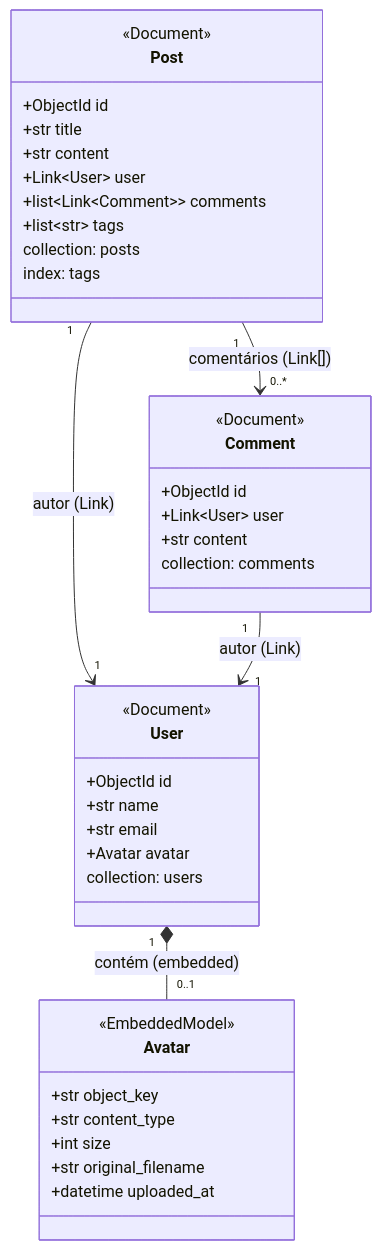
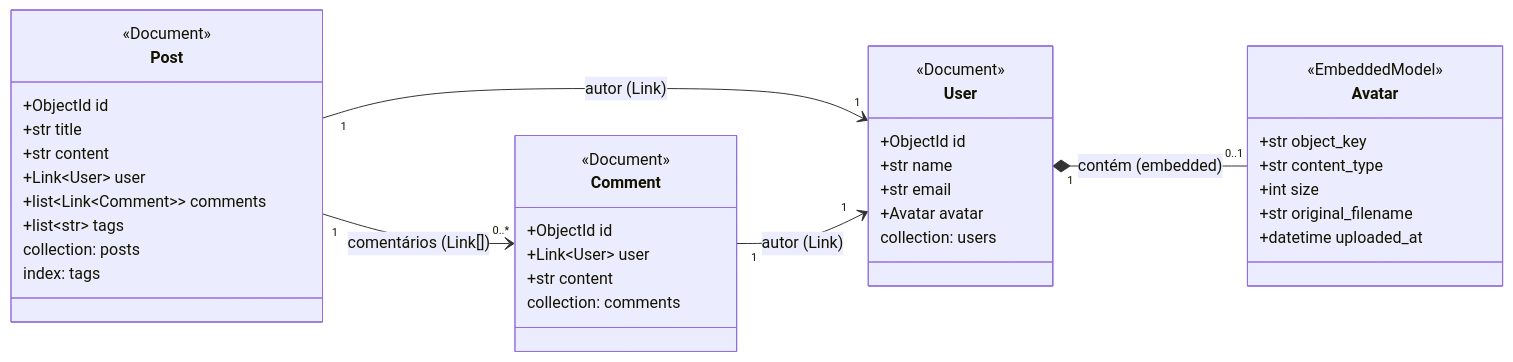
The diagram in modulo3/mongodb_fastapi_beanie_minio_docker/README.md (regispires/dspersist2026), drawn with Mermaid before and after one commit.

````diff
--- a/modulo3/mongodb_fastapi_beanie_minio_docker/README.md
+++ b/modulo3/mongodb_fastapi_beanie_minio_docker/README.md
@@ -24,45 +24,46 @@
 ```mermaid
 classDiagram
+    direction LR
     class User {
         +ObjectId id
         +str name
         +str email
         +Avatar avatar
         <<Document>>
         collection: users
     }
 
     class Avatar {
         +str object_key
         +str content_type
         +int size
         +str original_filename
         +datetime uploaded_at
         <<EmbeddedModel>>
     }
 
     class Post {
         +ObjectId id
         +str title
         +str content
         +Link~User~ user
         +list~Link~Comment~~ comments
         +list~str~ tags
         <<Document>>
         collection: posts
         index: tags
     }
 
     class Comment {
         +ObjectId id
         +Link~User~ user
         +str content
         <<Document>>
         collection: comments
     }
 
     User "1" *-- "0..1" Avatar : contém (embedded)
     Post "1" --> "1" User : autor (Link)
     Post "1" --> "0..*" Comment : comentários (Link[])
     Comment "1" --> "1" User : autor (Link)
 ```
````
